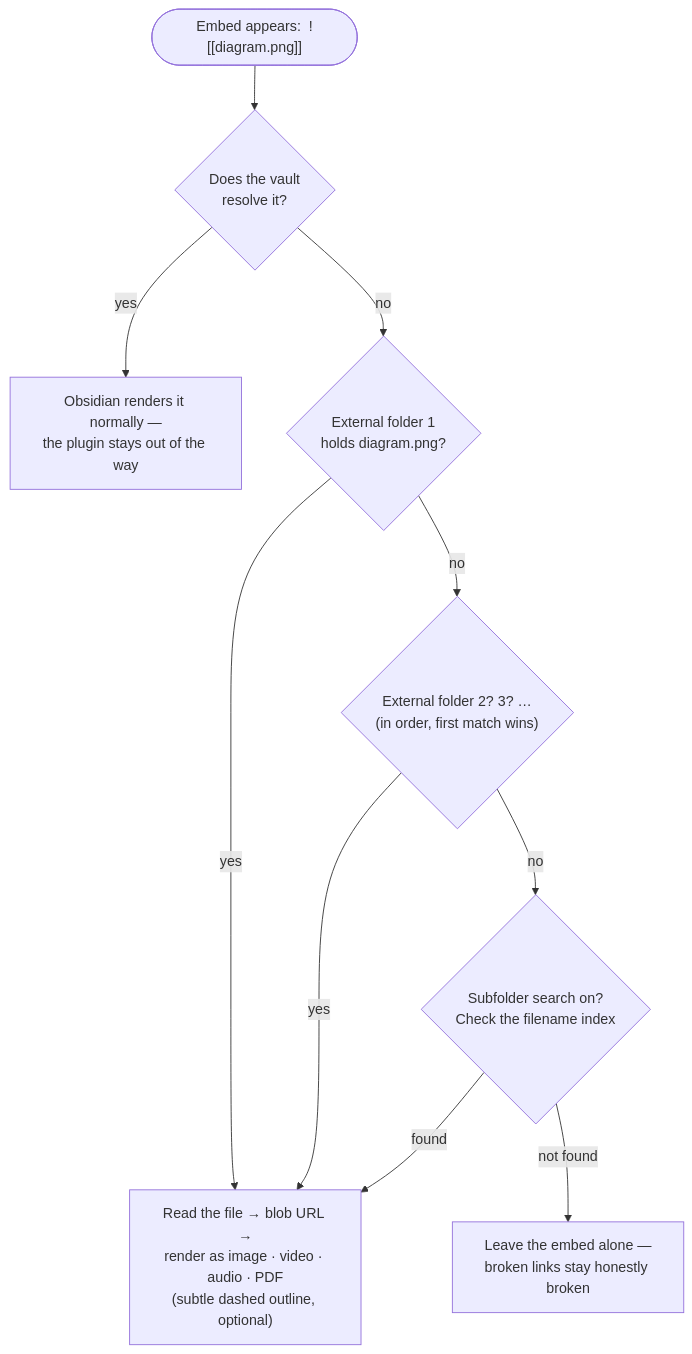
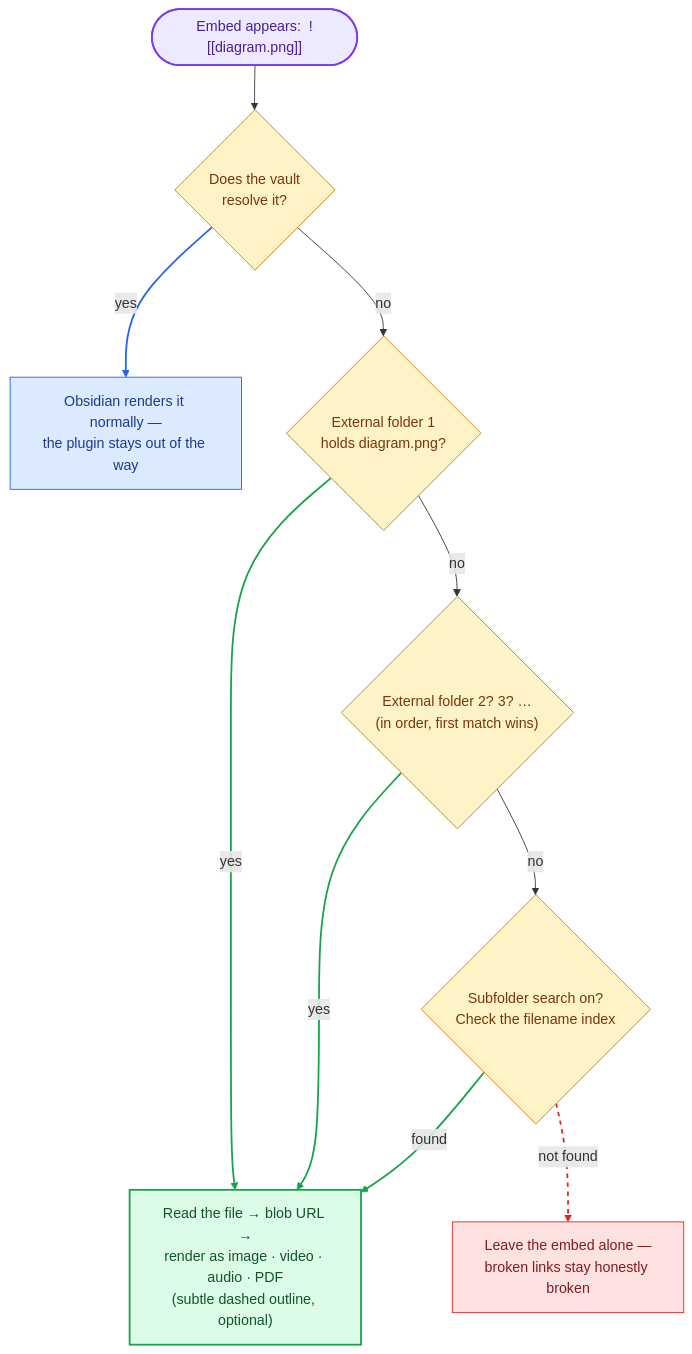
One commit to DyllonWright/Obsidian-External-Attachments changed the first of 3 diagrams in README.md. Above: the diagram before and after it, drawn with Mermaid. The commit also changed other lines of this file and 14 other files, not shown here.

````diff
--- a/README.md
+++ b/README.md
@@ -19,12 +19,29 @@
 ```mermaid
+%%{init: {'flowchart': {'curve': 'basis'}}}%%
 flowchart TD
     E(["Embed appears:  ![[diagram.png]]"]) --> V{"Does the vault<br/>resolve it?"}
     V -->|yes| OB["Obsidian renders it normally —<br/>the plugin stays out of the way"]
     V -->|no| M1{"External folder 1<br/>holds diagram.png?"}
     M1 -->|yes| R
     M1 -->|no| M2{"External folder 2? 3? …<br/>(in order, first match wins)"}
     M2 -->|yes| R
     M2 -->|no| IDX{"Subfolder search on?<br/>Check the filename index"}
     IDX -->|found| R["Read the file → blob URL →<br/>render as image · video · audio · PDF<br/>(subtle dashed outline, optional)"]
     IDX -->|not found| X["Leave the embed alone —<br/>broken links stay honestly broken"]
+
+    classDef terminal fill:#ede9fe,stroke:#7c3aed,color:#4c1d95,stroke-width:2px;
+    classDef native fill:#dbeafe,stroke:#2563eb,color:#1e3a8a,stroke-width:1px;
+    classDef decision fill:#fef3c7,stroke:#d97706,color:#78350f,stroke-width:1px;
+    classDef hit fill:#dcfce7,stroke:#16a34a,color:#14532d,stroke-width:2px;
+    classDef miss fill:#fee2e2,stroke:#dc2626,color:#7f1d1d,stroke-width:1px;
+
+    class E terminal;
+    class OB native;
+    class V,M1,M2,IDX decision;
+    class R hit;
+    class X miss;
+
+    linkStyle 1 stroke:#2563eb,stroke-width:2px;
+    linkStyle 3,5,7 stroke:#16a34a,stroke-width:2px;
+    linkStyle 8 stroke:#dc2626,stroke-width:2px,stroke-dasharray:5 5;
 ```
````
